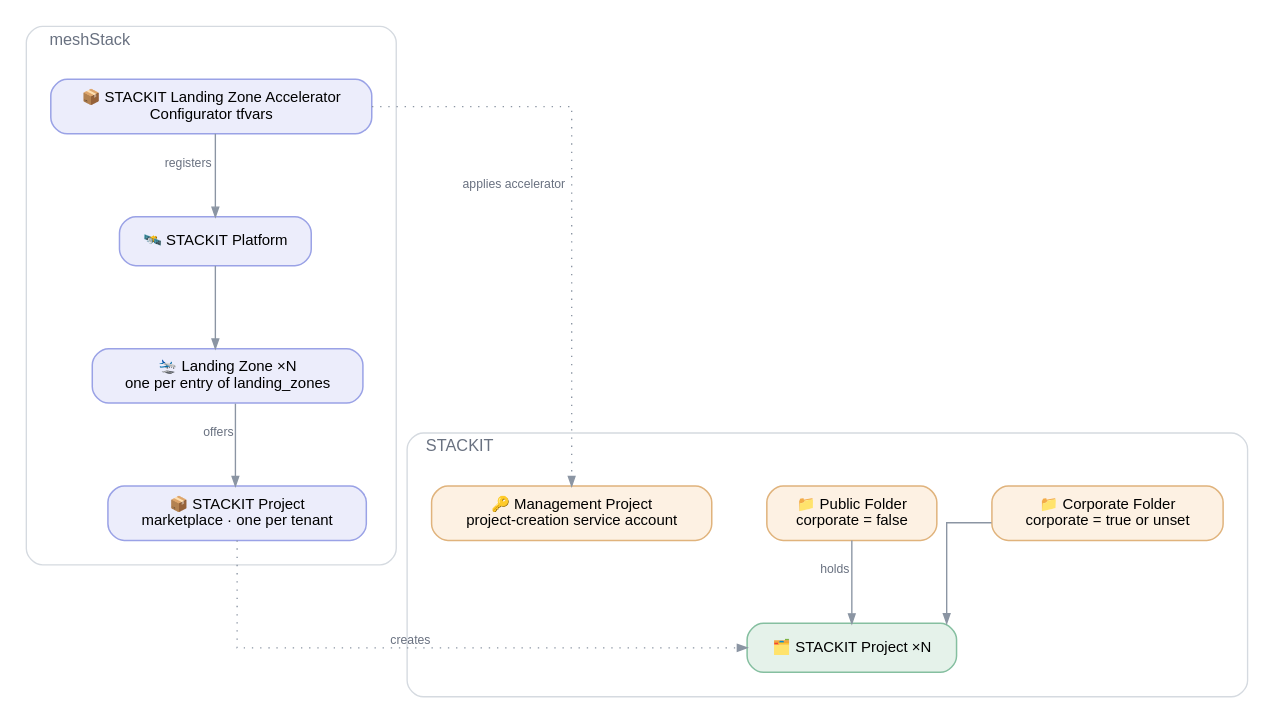
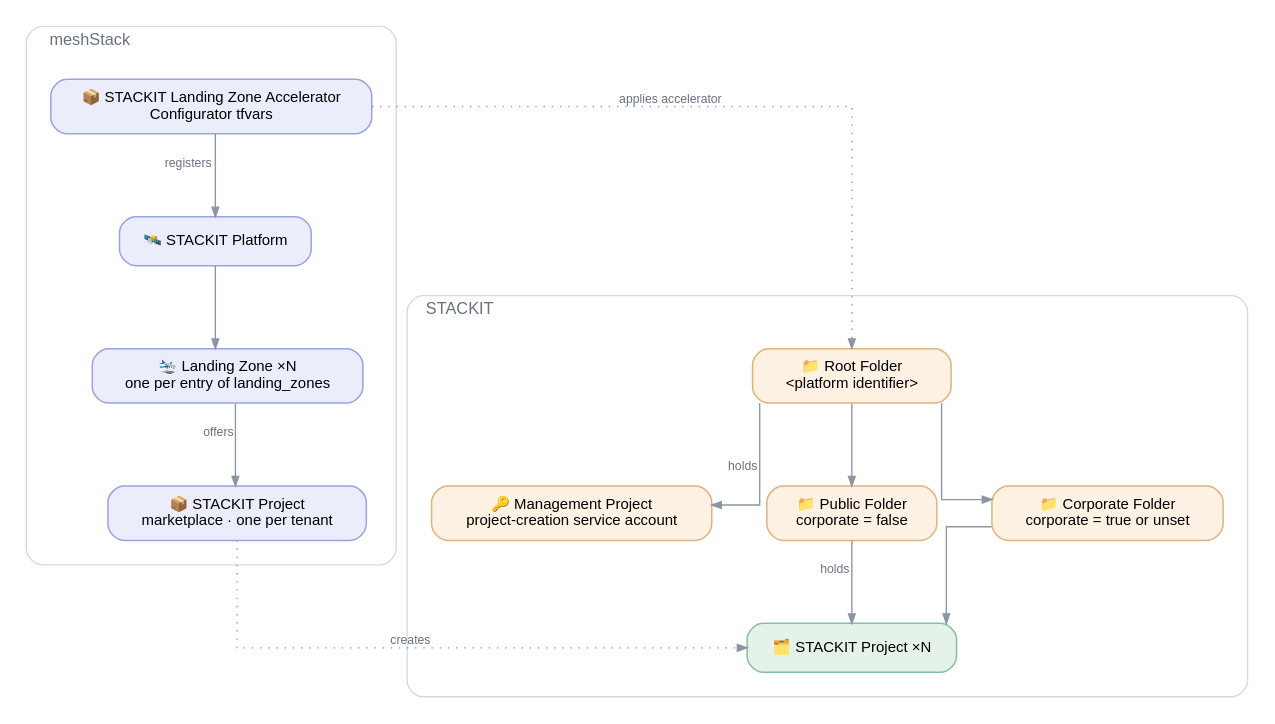
One commit to meshcloud/meshstack-hub changed the diagram in reference-architectures/stackit-landingzone-accelerator/stackit-landingzone-accelerator.dot. Above: the diagram before and after it, drawn with Graphviz. The commit also changed 7 other files, not shown here.

First line of the commit message:
feat(stackit-landingzone-accelerator): put every accelerator folder into one root folder

```diff
--- a/reference-architectures/stackit-landingzone-accelerator/stackit-landingzone-accelerator.dot
+++ b/reference-architectures/stackit-landingzone-accelerator/stackit-landingzone-accelerator.dot
@@ -1,58 +1,62 @@
 /*
  * STACKIT Landing Zone Accelerator reference architecture.
  * Conventions: .agents/references/diagrams.md — render with: task diagrams
  */
 digraph stackit_landingzone_accelerator {
   rankdir=TB
   splines=ortho
   forcelabels=true
   bgcolor="white"
   nodesep=0.55
   ranksep=0.85
 
   node [shape=box style="rounded,filled" fontname="Helvetica" fontsize=11
         fillcolor="#ffffff" color="#a2abb8" penwidth=1.1 margin="0.20,0.11"]
   edge [fontname="Helvetica" fontsize=9 fontcolor="#697180" color="#8b95a3" arrowsize=0.7]
 
   subgraph cluster_mesh {
     label="  meshStack"
     labeljust=l
     fontname="Helvetica" fontsize=12 fontcolor="#697180"
     style="rounded" color="#d5dae0"
     margin=18
 
     node [fillcolor="#ecedfb" color="#9aa2e6"]
 
     REFARCH [label="📦 STACKIT Landing Zone Accelerator\nConfigurator tfvars"]
     PLAT    [label="🛰️ STACKIT Platform"]
     LZ      [label="🛬 Landing Zone ×N\none per entry of landing_zones"]
     PRJBBD  [label="📦 STACKIT Project\nmarketplace · one per tenant"]
 
     REFARCH -> PLAT [xlabel="registers"]
     PLAT    -> LZ
     LZ      -> PRJBBD [xlabel="offers"]
   }
 
   subgraph cluster_stackit {
     label="  STACKIT"
     labeljust=l
     fontname="Helvetica" fontsize=12 fontcolor="#697180"
     style="rounded" color="#d5dae0"
     margin=18
 
     node [fillcolor="#fdf1e3" color="#e0b37c"]
 
+    ROOT    [label="📁 Root Folder\n<platform identifier>"]
     MGMT    [label="🔑 Management Project\nproject-creation service account"]
     PUBF    [label="📁 Public Folder\ncorporate = false"]
     CORPF   [label="📁 Corporate Folder\ncorporate = true or unset"]
     PRJ     [label="🗂️ STACKIT Project ×N" fillcolor="#e5f2ea" color="#85bfa0"]
 
     { rank=same; MGMT -> PUBF -> CORPF [style=invis] }
 
+    ROOT  -> MGMT [xlabel="holds"]
+    ROOT  -> PUBF
+    ROOT  -> CORPF
     PUBF  -> PRJ [xlabel="holds"]
     CORPF -> PRJ
   }
 
-  REFARCH -> MGMT [xlabel="applies accelerator" style=dotted constraint=false]
+  REFARCH -> ROOT [xlabel="applies accelerator" style=dotted constraint=false]
   PRJBBD  -> PRJ  [xlabel="creates" style=dotted]
 }
```
